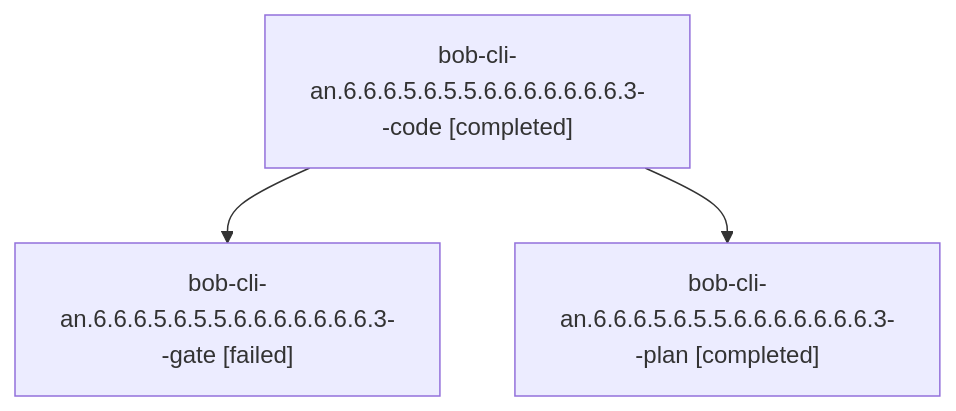
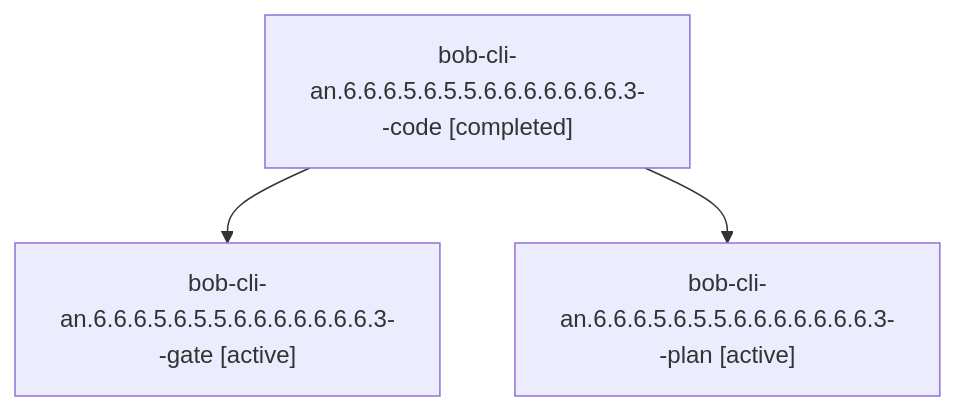
The diagram in sessions/bbugyi200.athena.bob-cli-an.6.6.6.5.6.5.5.6.6.6.6.6.6.6.3.md (bobs-org/bob-cli--agents), drawn with Mermaid before and after one commit. The commit also changed other lines of this file and 653 other files, not shown here.

````diff
--- a/sessions/bbugyi200.athena.bob-cli-an.6.6.6.5.6.5.5.6.6.6.6.6.6.6.3.md
+++ b/sessions/bbugyi200.athena.bob-cli-an.6.6.6.5.6.5.5.6.6.6.6.6.6.6.3.md
@@ -9,8 +9,8 @@
 ```mermaid
 flowchart TD
   n0["bob-cli-an.6.6.6.5.6.5.5.6.6.6.6.6.6.6.3--code [completed]"]
-  n1["bob-cli-an.6.6.6.5.6.5.5.6.6.6.6.6.6.6.3--gate [failed]"]
+  n1["bob-cli-an.6.6.6.5.6.5.5.6.6.6.6.6.6.6.3--gate [active]"]
   n0 --> n1
-  n2["bob-cli-an.6.6.6.5.6.5.5.6.6.6.6.6.6.6.3--plan [completed]"]
+  n2["bob-cli-an.6.6.6.5.6.5.5.6.6.6.6.6.6.6.3--plan [active]"]
   n0 --> n2
 ```
````
